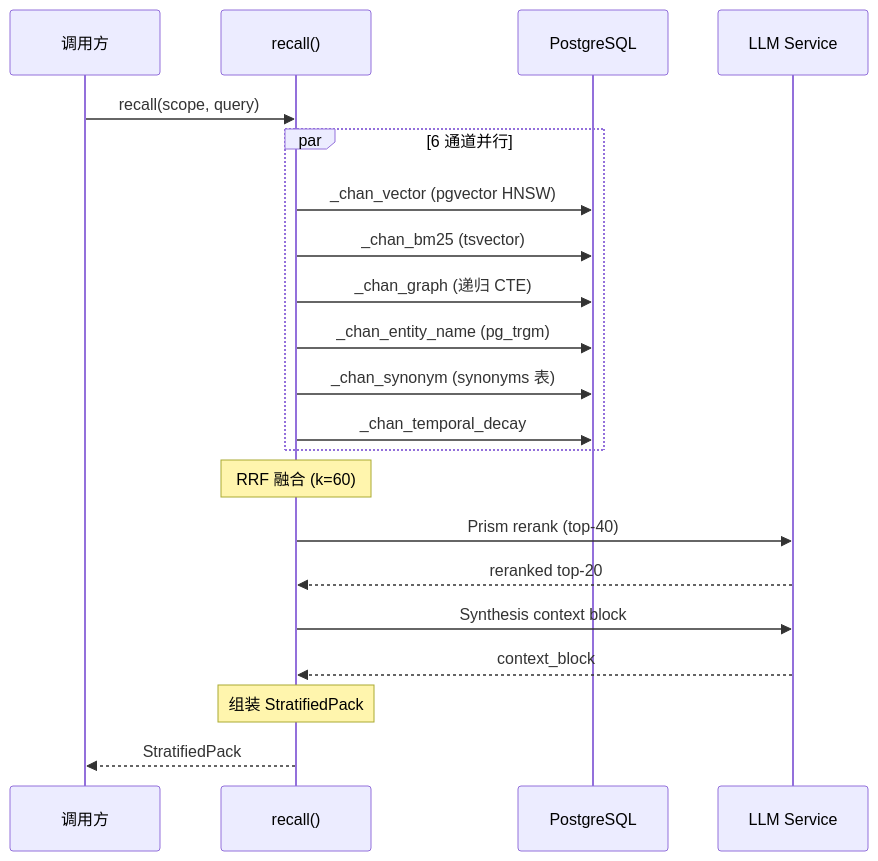
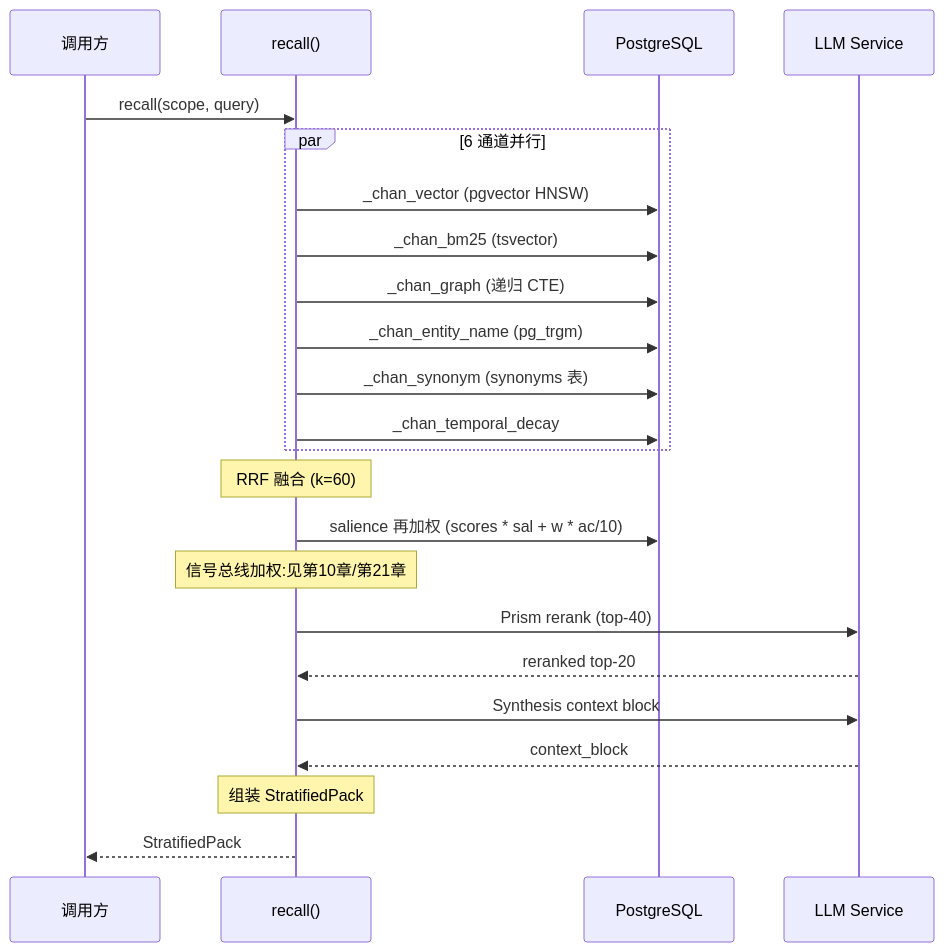
The second of 2 diagrams in source/chapters/12-rrf-fusion.md (pty819/cortex-py-book), drawn with Mermaid before and after one commit. The commit also changed other lines of this file and 24 other files, not shown here.

````diff
--- a/source/chapters/12-rrf-fusion.md
+++ b/source/chapters/12-rrf-fusion.md
@@ -117,30 +119,33 @@
 ```{mermaid}
 sequenceDiagram
     participant C as 调用方
     participant R as recall()
     participant DB as PostgreSQL
     participant LLM as LLM Service
     
     C->>R: recall(scope, query)
     
     par 6 通道并行
         R->>DB: _chan_vector (pgvector HNSW)
         R->>DB: _chan_bm25 (tsvector)
         R->>DB: _chan_graph (递归 CTE)
         R->>DB: _chan_entity_name (pg_trgm)
         R->>DB: _chan_synonym (synonyms 表)
         R->>DB: _chan_temporal_decay
     end
     
     Note over R: RRF 融合 (k=60)
-    
+
+    R->>DB: salience 再加权 (scores * sal + w * ac/10)
+    Note over R: 信号总线加权:见第10章/第21章
+
     R->>LLM: Prism rerank (top-40)
     LLM-->>R: reranked top-20
     
     R->>LLM: Synthesis context block
     LLM-->>R: context_block
     
     Note over R: 组装 StratifiedPack
     
     R-->>C: StratifiedPack
 ```
````
